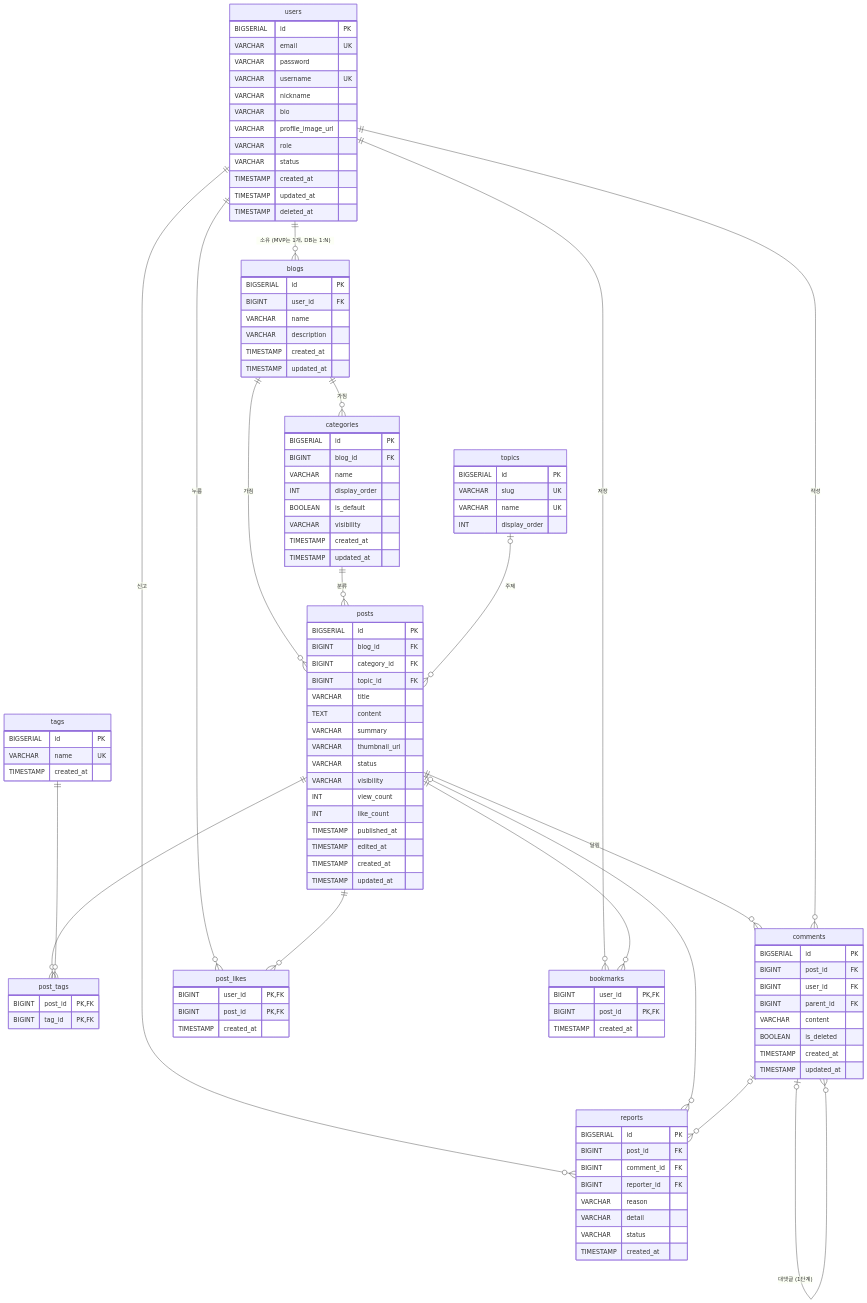
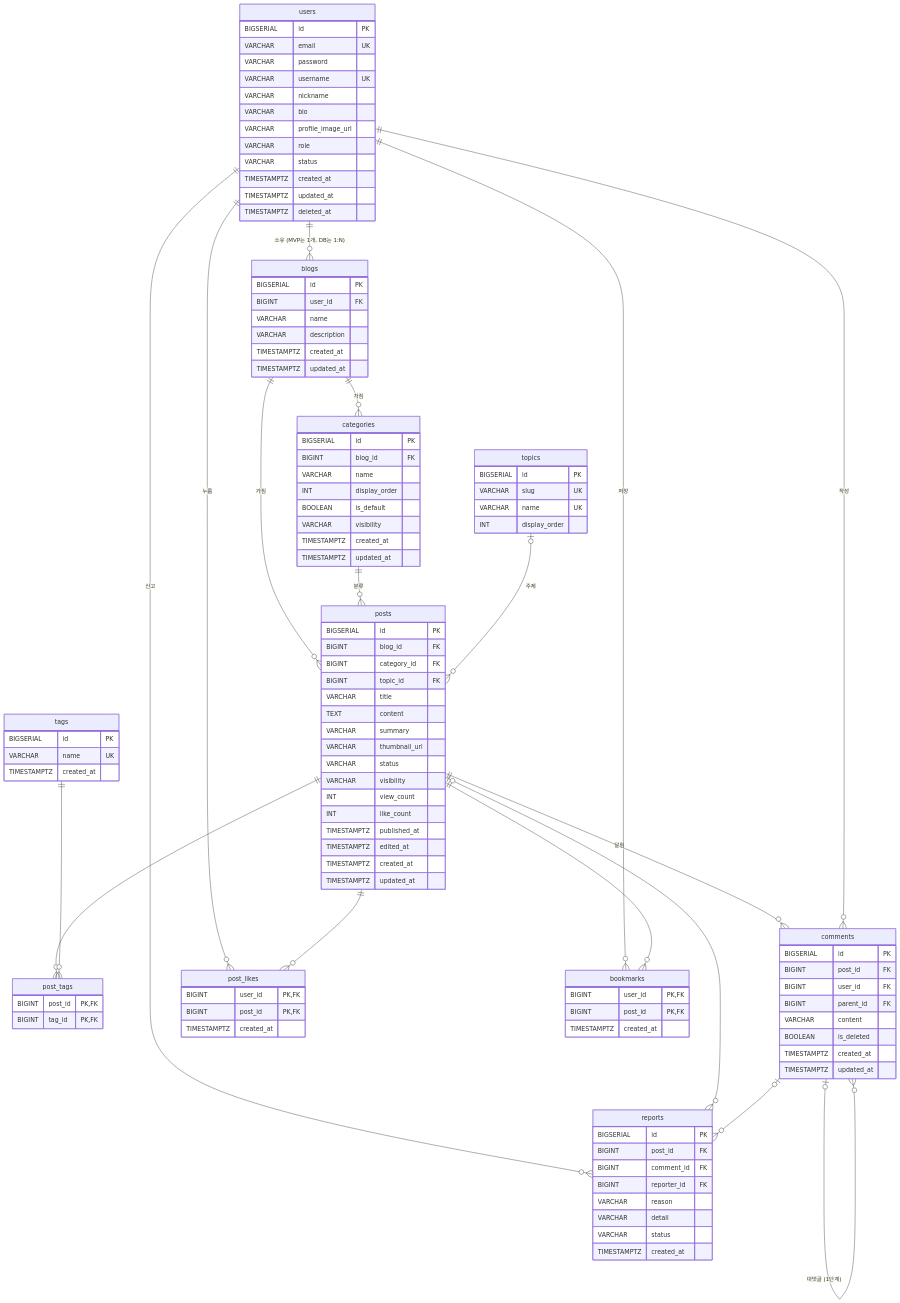
Before and after one commit to AIP-1/blog-basic-AIGJ_01_007-firstblog: the diagram in docs/ERD.md, drawn with Mermaid. The commit also changed other lines of this file and 1 other file, not shown here.

````diff
--- a/docs/ERD.md
+++ b/docs/ERD.md
@@ -39,17 +39,17 @@
         VARCHAR profile_image_url
         VARCHAR role
         VARCHAR status
-        TIMESTAMP created_at
-        TIMESTAMP updated_at
-        TIMESTAMP deleted_at
+        TIMESTAMPTZ created_at
+        TIMESTAMPTZ updated_at
+        TIMESTAMPTZ deleted_at
     }
     blogs {
         BIGSERIAL id PK
         BIGINT user_id FK
         VARCHAR name
         VARCHAR description
-        TIMESTAMP created_at
-        TIMESTAMP updated_at
+        TIMESTAMPTZ created_at
+        TIMESTAMPTZ updated_at
     }
     categories {
         BIGSERIAL id PK
@@ -58,8 +58,8 @@
         INT display_order
         BOOLEAN is_default
         VARCHAR visibility
-        TIMESTAMP created_at
-        TIMESTAMP updated_at
+        TIMESTAMPTZ created_at
+        TIMESTAMPTZ updated_at
     }
     topics {
         BIGSERIAL id PK
@@ -80,15 +80,15 @@
         VARCHAR visibility
         INT view_count
         INT like_count
-        TIMESTAMP published_at
-        TIMESTAMP edited_at
-        TIMESTAMP created_at
-        TIMESTAMP updated_at
+        TIMESTAMPTZ published_at
+        TIMESTAMPTZ edited_at
+        TIMESTAMPTZ created_at
+        TIMESTAMPTZ updated_at
     }
     tags {
         BIGSERIAL id PK
         VARCHAR name UK
-        TIMESTAMP created_at
+        TIMESTAMPTZ created_at
     }
     post_tags {
         BIGINT post_id PK,FK
@@ -101,18 +101,18 @@
         BIGINT parent_id FK
         VARCHAR content
         BOOLEAN is_deleted
-        TIMESTAMP created_at
-        TIMESTAMP updated_at
+        TIMESTAMPTZ created_at
+        TIMESTAMPTZ updated_at
     }
     post_likes {
         BIGINT user_id PK,FK
         BIGINT post_id PK,FK
-        TIMESTAMP created_at
+        TIMESTAMPTZ created_at
     }
     bookmarks {
         BIGINT user_id PK,FK
         BIGINT post_id PK,FK
-        TIMESTAMP created_at
+        TIMESTAMPTZ created_at
     }
     reports {
         BIGSERIAL id PK
@@ -122,6 +122,6 @@
         VARCHAR reason
         VARCHAR detail
         VARCHAR status
-        TIMESTAMP created_at
+        TIMESTAMPTZ created_at
     }
 ```
````
